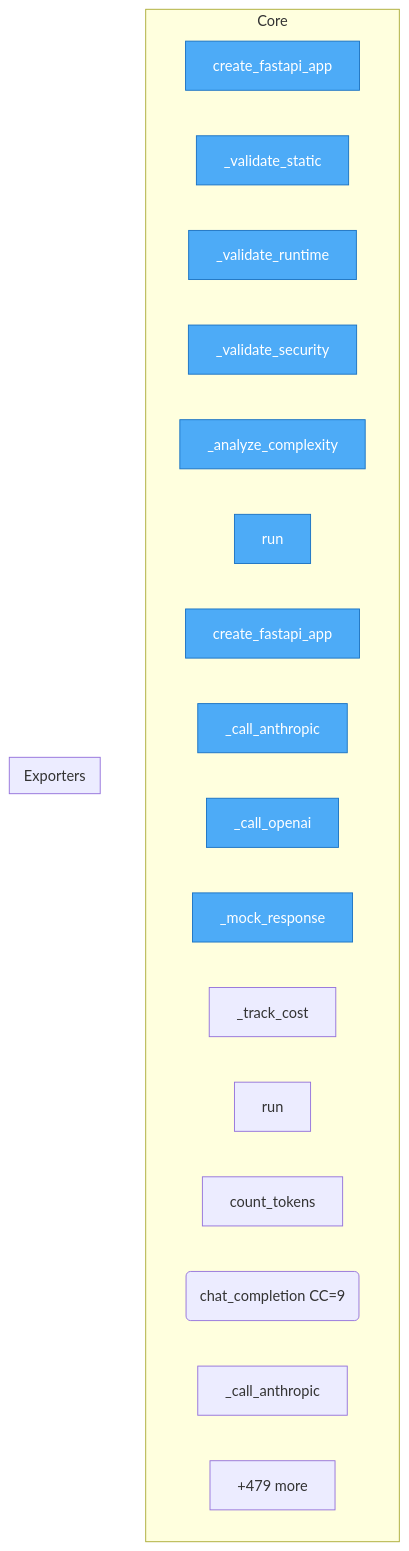
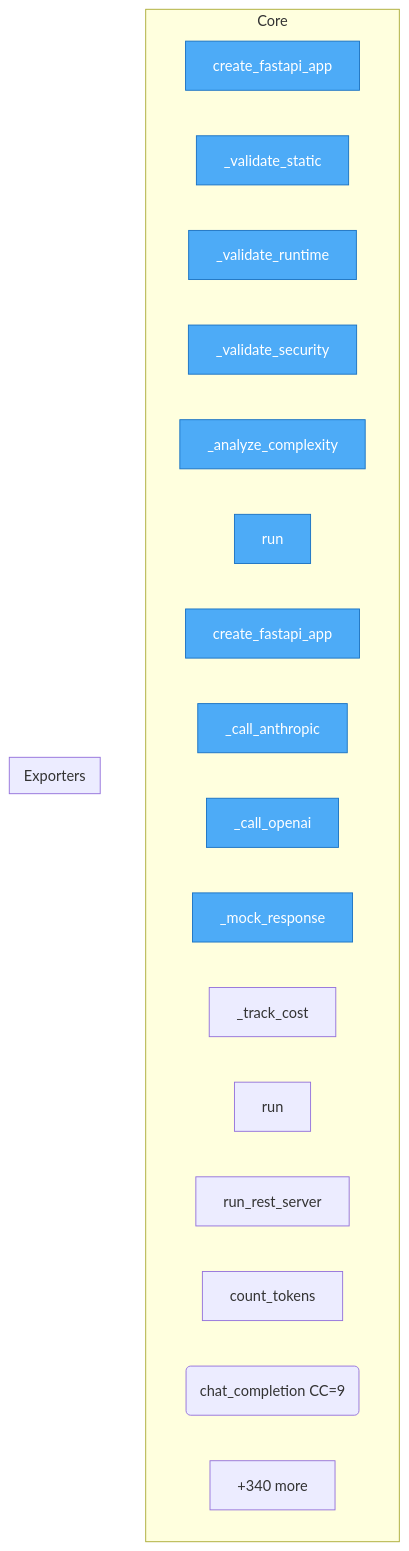
One commit to semcod/algitex changed the diagram in project/flow.mmd. Above: the diagram before and after it, drawn with Mermaid. The commit also changed 19 other files, not shown here.

```diff
--- a/project/flow.mmd
+++ b/project/flow.mmd
@@ -1,28 +1,28 @@
 flowchart TD
 
     %% Entry points (blue)
     classDef entry fill:#4dabf7,stroke:#1971c2,color:#fff
 
     subgraph Core
         docker__vallm__vallm_server__VallmServer__create_fastapi_app["create_fastapi_app"]
         docker__vallm__vallm_server__VallmServer___validate_static["_validate_static"]
         docker__vallm__vallm_server__VallmServer___validate_runtime["_validate_runtime"]
         docker__vallm__vallm_server__VallmServer___validate_security["_validate_security"]
         docker__vallm__vallm_server__VallmServer___analyze_complexity["_analyze_complexity"]
         docker__vallm__vallm_server__VallmServer__run["run"]
         docker__proxym__proxym_server__ProxymServer__create_fastapi_app["create_fastapi_app"]
         docker__proxym__proxym_server__ProxymServer___call_anthropic["_call_anthropic"]
         docker__proxym__proxym_server__ProxymServer___call_openai["_call_openai"]
         docker__proxym__proxym_server__ProxymServer___mock_response["_mock_response"]
         docker__proxym__proxym_server__ProxymServer___track_cost["_track_cost"]
         docker__proxym__proxym_server__ProxymServer__run["run"]
+        docker__vallm__vallm_mcp_server__run_rest_server["run_rest_server"]
         docker__proxym__proxym_mcp_server__count_tokens["count_tokens"]
         docker__proxym__proxym_mcp_server__chat_completion("chat_completion CC=9")
-        docker__proxym__proxym_mcp_server___call_anthropic["_call_anthropic"]
-        ...["+479 more"]
+        ...["+340 more"]
     end
 
     subgraph Exporters
     end
 
     class docker__vallm__vallm_server__VallmServer__create_fastapi_app,docker__vallm__vallm_server__VallmServer___validate_static,docker__vallm__vallm_server__VallmServer___validate_runtime,docker__vallm__vallm_server__VallmServer___validate_security,docker__vallm__vallm_server__VallmServer___analyze_complexity,docker__vallm__vallm_server__VallmServer__run,docker__proxym__proxym_server__ProxymServer__create_fastapi_app,docker__proxym__proxym_server__ProxymServer___call_anthropic,docker__proxym__proxym_server__ProxymServer___call_openai,docker__proxym__proxym_server__ProxymServer___mock_response entry
```
